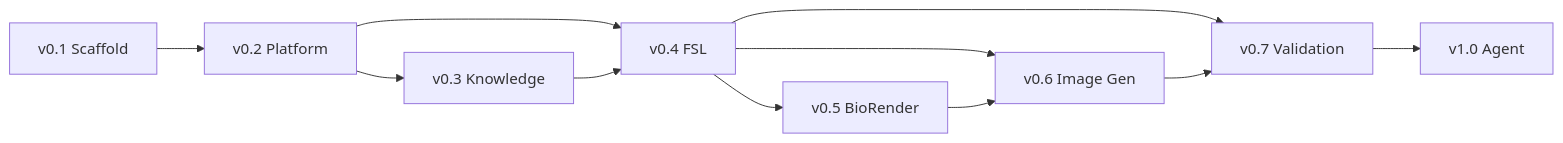
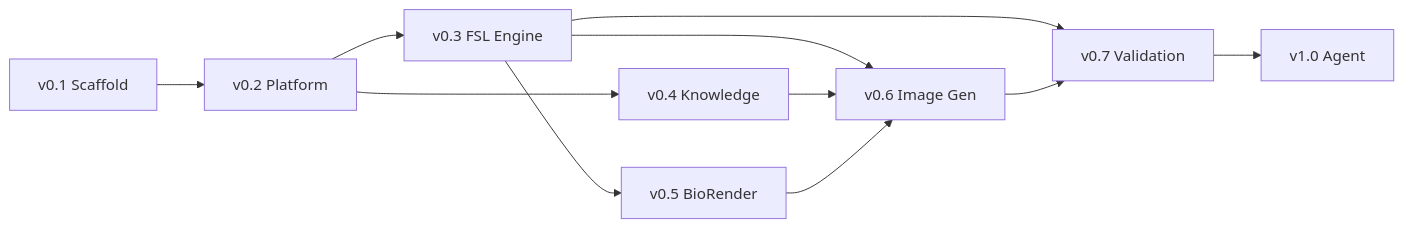
The diagram in docs/DevelopmentRoadmap.md (insight2017aquib/MedicinalChemistryFigureDesigner), drawn with Mermaid before and after one commit. The commit also changed other lines of this file and 20 other files, not shown here.

Commit message:
platform(v0.3): implement Figure Specification Language engine

````diff
--- a/docs/DevelopmentRoadmap.md
+++ b/docs/DevelopmentRoadmap.md
@@ -98,13 +103,13 @@
 ```mermaid
 flowchart LR
     v01[v0.1 Scaffold] --> v02[v0.2 Platform]
-    v02 --> v03[v0.3 Knowledge]
-    v02 --> v04[v0.4 FSL]
-    v03 --> v04
-    v04 --> v05[v0.5 BioRender]
-    v04 --> v06[v0.6 Image Gen]
+    v02 --> v03[v0.3 FSL Engine]
+    v02 --> v04[v0.4 Knowledge]
+    v03 --> v05[v0.5 BioRender]
+    v03 --> v06[v0.6 Image Gen]
+    v04 --> v06
     v05 --> v06
-    v04 --> v07[v0.7 Validation]
+    v03 --> v07[v0.7 Validation]
     v06 --> v07
     v07 --> v10[v1.0 Agent]
 ```
````
